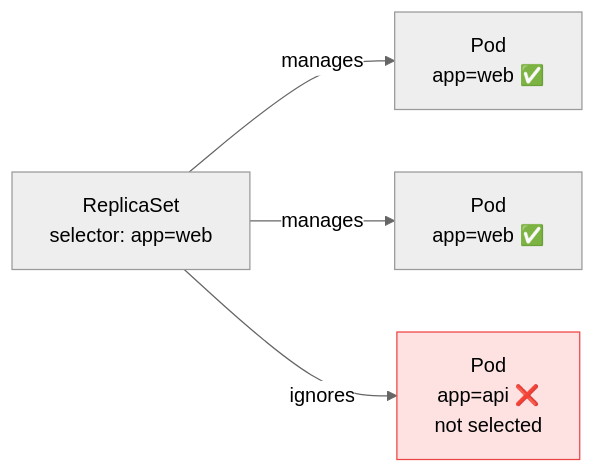
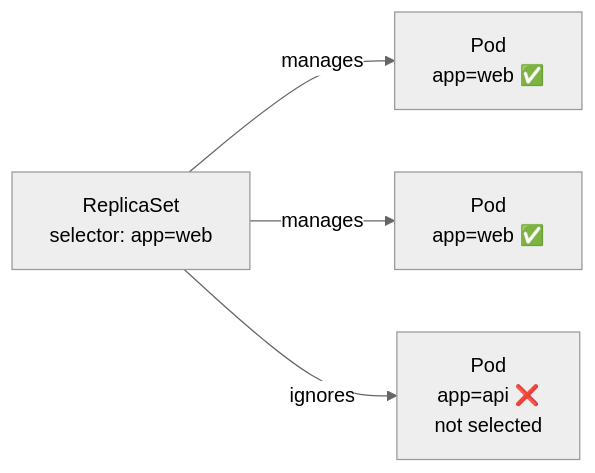
Before and after one commit to Gautam4424/k8slearn-content: the second of 2 diagrams in content/cka/03-core-concepts-pods-services-deployments/32-replicasets/32-replicasets.md, drawn with Mermaid (neutral theme). The commit also changed other lines of this file and 40 other files, not shown here.

Commit message:
chore: fix mermaid style regex

````diff
--- a/content/cka/03-core-concepts-pods-services-deployments/32-replicasets/32-replicasets.md
+++ b/content/cka/03-core-concepts-pods-services-deployments/32-replicasets/32-replicasets.md
@@ -82,10 +80,9 @@
 ```mermaid
 flowchart LR
     RS["ReplicaSet\nselector: app=web"]
     P1["Pod\napp=web ✅"]
     P2["Pod\napp=web ✅"]
     P3["Pod\napp=api ❌\nnot selected"]
     RS -->|manages| P1 & P2
     RS -->|ignores| P3
-    style P3 fill:#fee2e2,stroke:#ef4444
 ```
````
